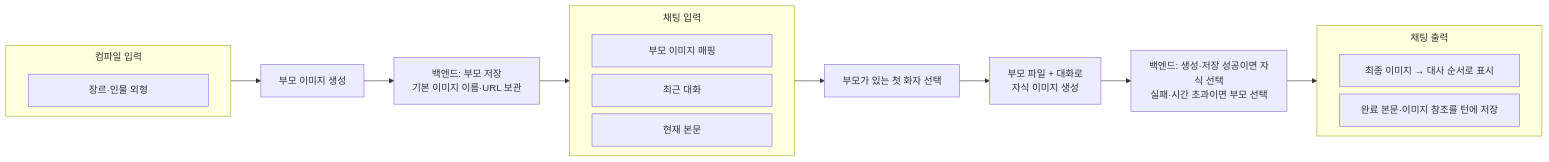
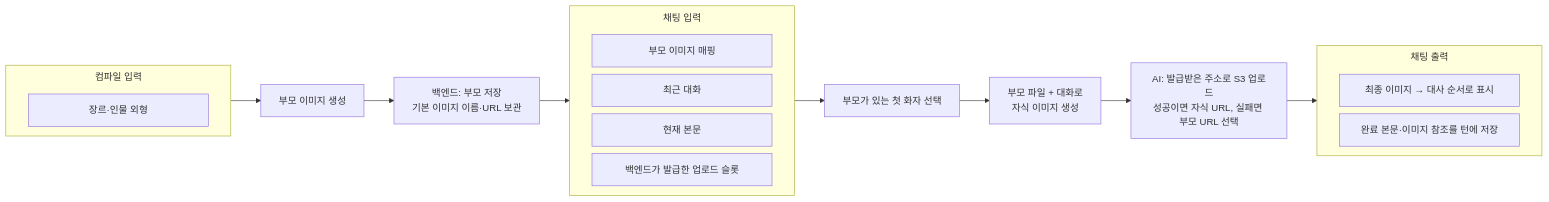
Before and after one commit to KIM-N-KANG/knk-harness: diagram 12 of 25 in docs/spec/5-ai-server-spec.md, drawn with Mermaid. The commit also changed other lines of this file and 2 other files, not shown here.

Commit message:
[KNK-1289] Docs: 자식 이미지 직접 업로드 구현을 AI 명세에 반영 (#224)

````diff
--- a/docs/spec/5-ai-server-spec.md
+++ b/docs/spec/5-ai-server-spec.md
@@ -414,31 +414,32 @@
 ```mermaid
 %%{init: {"flowchart": {"nodeSpacing": 12, "subGraphTitleMargin": {"top": 8, "bottom": 24}}}}%%
 flowchart LR
     subgraph I["컴파일 입력"]
         direction LR
         I_item1["<div style='width:240px;text-align:center;'><span>장르·인물 외형</span></div>"]
     end
     P["부모 이미지 생성"]
     SAVE["백엔드: 부모 저장<br/>기본 이미지 이름·URL 보관"]
     subgraph C["채팅 입력"]
         direction LR
         C_item1["<div style='width:240px;text-align:center;'><span>부모 이미지 매핑</span></div>"]
         C_item2["<div style='width:240px;text-align:center;'><span>최근 대화</span></div>"]
         C_item3["<div style='width:240px;text-align:center;'><span>현재 본문</span></div>"]
+        C_item4["<div style='width:240px;text-align:center;'><span>백엔드가 발급한 업로드 슬롯</span></div>"]
     end
     SELECT["부모가 있는 첫 화자 선택"]
     CHILD["부모 파일 + 대화로<br/>자식 이미지 생성"]
-    RESULT["백엔드: 생성·저장 성공이면 자식 선택<br/>실패·시간 초과이면 부모 선택"]
+    RESULT["AI: 발급받은 주소로 S3 업로드<br/>성공이면 자식 URL, 실패면 부모 URL 선택"]
     subgraph O["채팅 출력"]
         direction LR
         O_item1["<div style='width:240px;text-align:center;'><span>최종 이미지 → 대사 순서로 표시</span></div>"]
         O_item2["<div style='width:240px;text-align:center;'><span>완료 본문·이미지 참조를 턴에 저장</span></div>"]
     end
     I --> P
     P --> SAVE
     SAVE --> C
     C --> SELECT
     SELECT --> CHILD
     CHILD --> RESULT
     RESULT --> O
 ```
````
